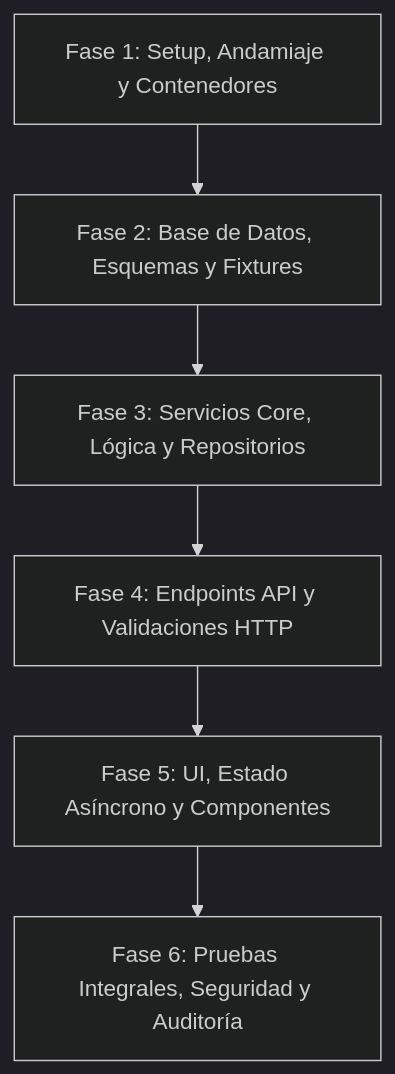
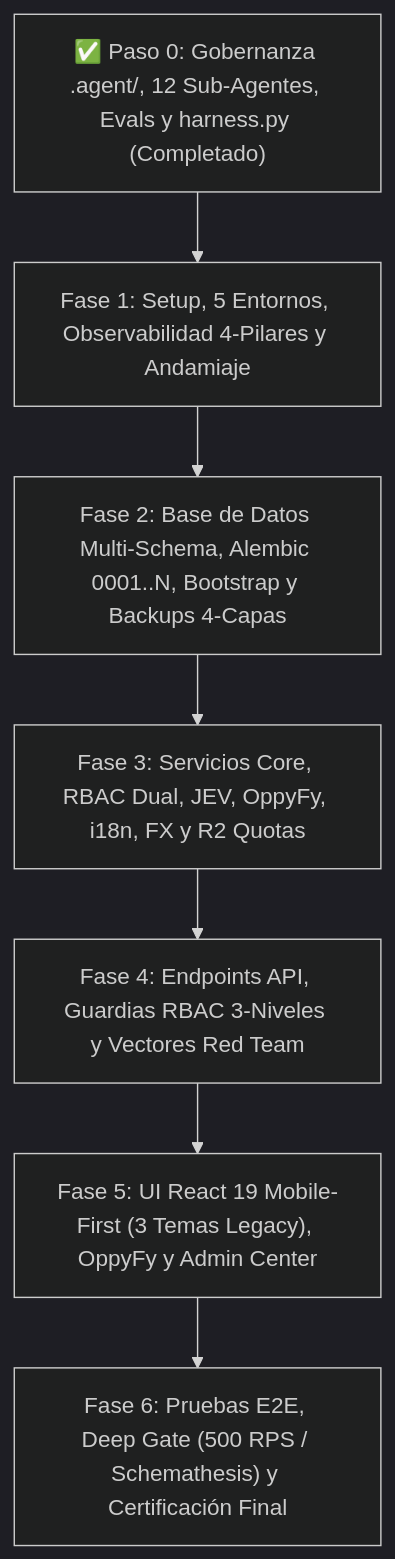
The diagram in specs/06-IMPLEMENTATION-PLAN.md (OppyTec/OppyTec-Oficial), drawn with Mermaid (dark theme) before and after one commit. The commit also changed other lines of this file and 6 other files, not shown here.

````diff
--- a/specs/06-IMPLEMENTATION-PLAN.md
+++ b/specs/06-IMPLEMENTATION-PLAN.md
@@ -17,8 +17,9 @@
 ```mermaid
 flowchart TD
-    F1["Fase 1: Setup, Andamiaje y Contenedores"] --> F2["Fase 2: Base de Datos, Esquemas y Fixtures"]
-    F2 --> F3["Fase 3: Servicios Core, Lógica y Repositorios"]
-    F3 --> F4["Fase 4: Endpoints API y Validaciones HTTP"]
-    F4 --> F5["Fase 5: UI, Estado Asíncrono y Componentes"]
-    F5 --> F6["Fase 6: Pruebas Integrales, Seguridad y Auditoría"]
+    P0["✅ Paso 0: Gobernanza .agent/, 12 Sub-Agentes, Evals y harness.py (Completado)"] --> F1["Fase 1: Setup, 5 Entornos, Observabilidad 4-Pilares y Andamiaje"]
+    F1 --> F2["Fase 2: Base de Datos Multi-Schema, Alembic 0001..N, Bootstrap y Backups 4-Capas"]
+    F2 --> F3["Fase 3: Servicios Core, RBAC Dual, JEV, OppyFy, i18n, FX y R2 Quotas"]
+    F3 --> F4["Fase 4: Endpoints API, Guardias RBAC 3-Niveles y Vectores Red Team"]
+    F4 --> F5["Fase 5: UI React 19 Mobile-First (3 Temas Legacy), OppyFy y Admin Center"]
+    F5 --> F6["Fase 6: Pruebas E2E, Deep Gate (500 RPS / Schemathesis) y Certificación Final"]
 ```
````
